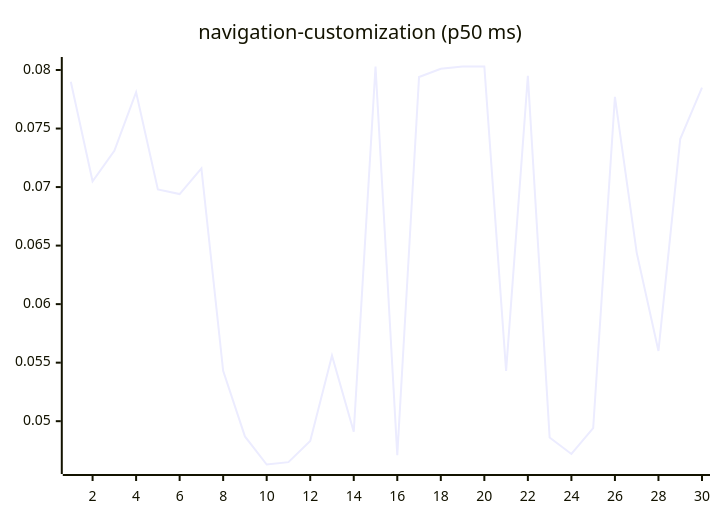
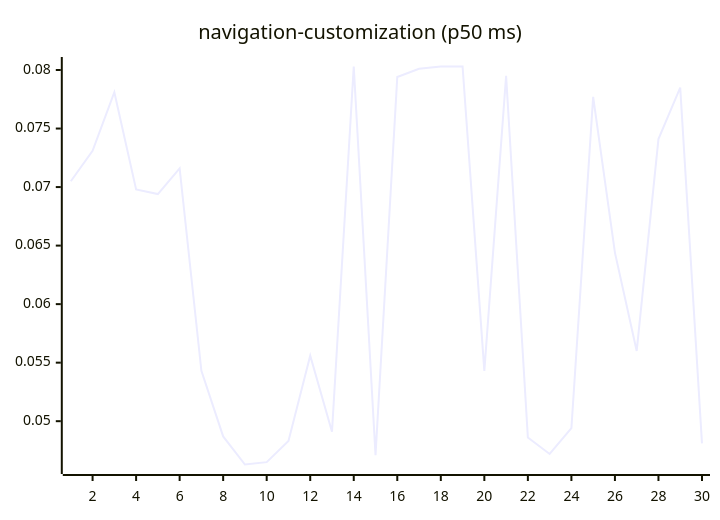
One commit to josha/Facet changed diagram 15 of 27 in README.md. Above: the diagram before and after it, drawn with Mermaid. The commit also changed other lines of this file and 2 other files, not shown here.

````diff
--- a/README.md
+++ b/README.md
@@ -161,6 +161,6 @@
 ```mermaid
 xychart-beta
     title "navigation-customization (p50 ms)"
     x-axis 1 --> 30
-    line [0.0790, 0.0705, 0.0731, 0.0781, 0.0698, 0.0694, 0.0716, 0.0543, 0.0487, 0.0463, 0.0465, 0.0483, 0.0556, 0.0491, 0.0803, 0.0471, 0.0794, 0.0801, 0.0803, 0.0803, 0.0543, 0.0795, 0.0486, 0.0472, 0.0494, 0.0777, 0.0644, 0.0560, 0.0741, 0.0785]
+    line [0.0705, 0.0731, 0.0781, 0.0698, 0.0694, 0.0716, 0.0543, 0.0487, 0.0463, 0.0465, 0.0483, 0.0556, 0.0491, 0.0803, 0.0471, 0.0794, 0.0801, 0.0803, 0.0803, 0.0543, 0.0795, 0.0486, 0.0472, 0.0494, 0.0777, 0.0644, 0.0560, 0.0741, 0.0785, 0.0481]
 ```
````
